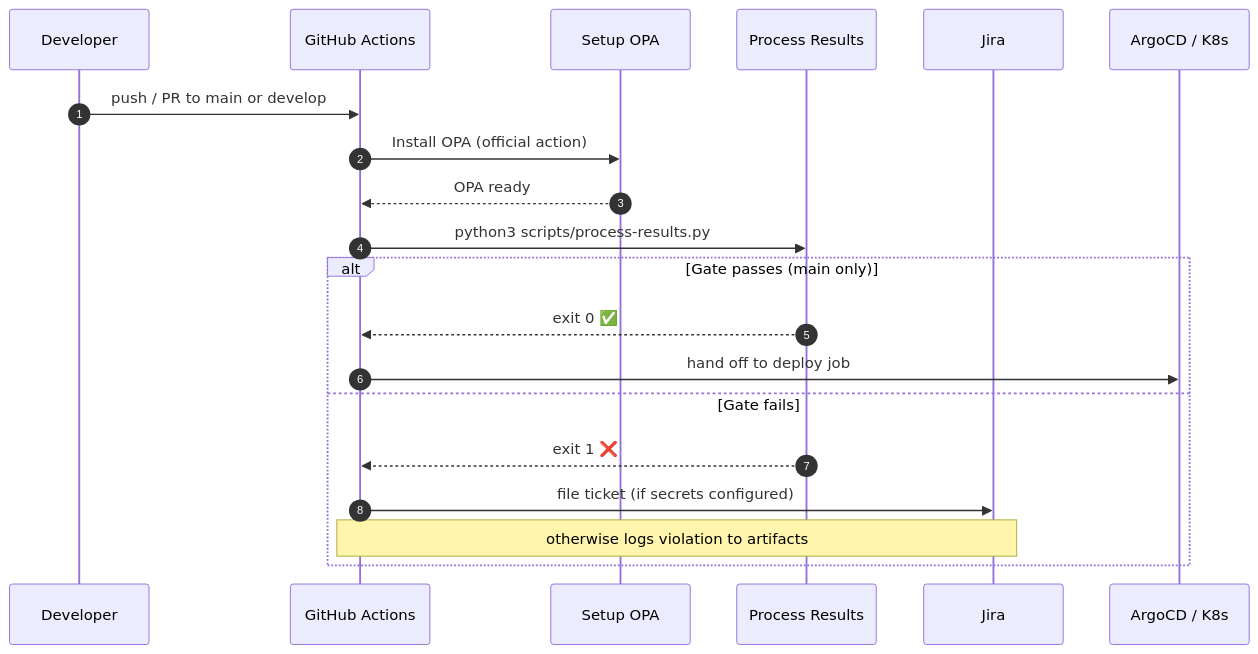
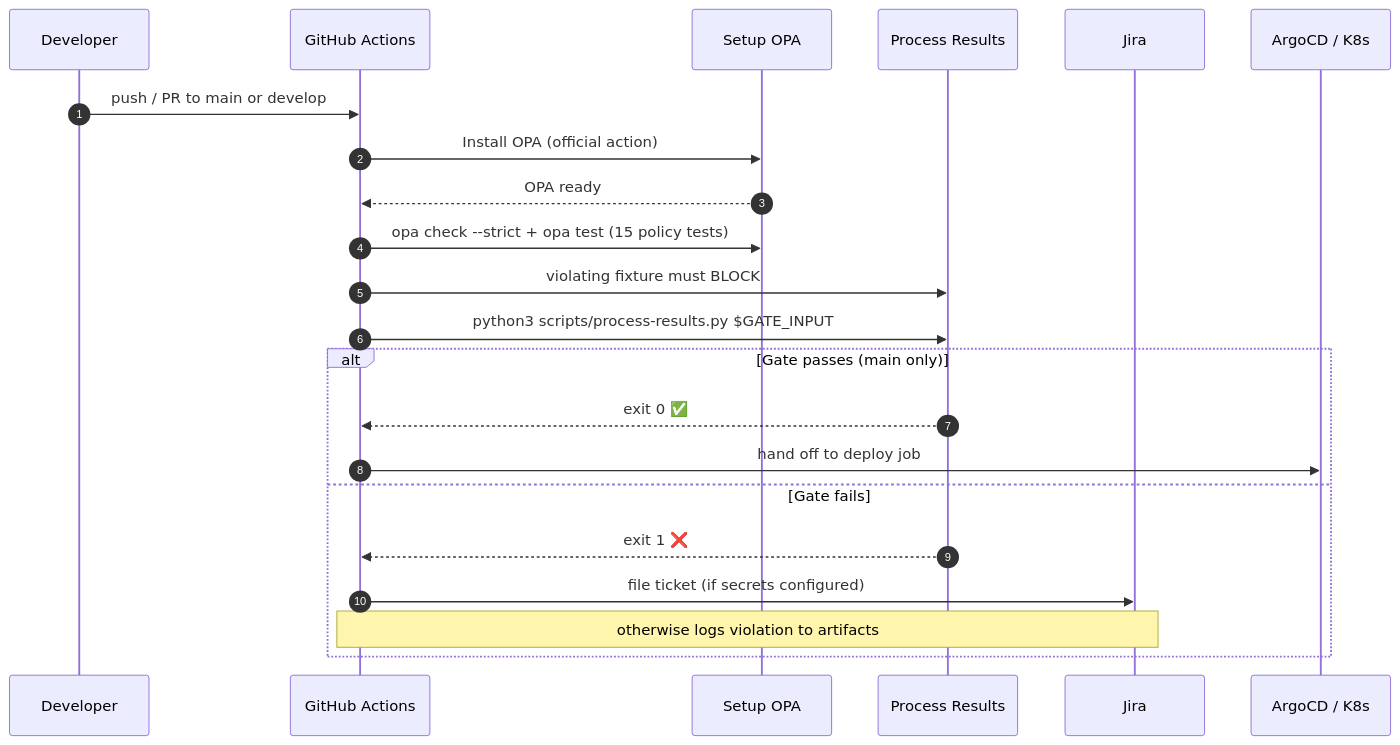
One commit to JoshuaOmosa/Devsecops-gate changed the fifth of 5 diagrams in README.md. Above: the diagram before and after it, drawn with Mermaid. The commit also changed other lines of this file and 7 other files, not shown here.

First line of the commit message:
ci: make the security gate actually block builds

````diff
--- a/README.md
+++ b/README.md
@@ -187,23 +189,25 @@
 ```mermaid
 sequenceDiagram
     autonumber
     participant Dev as Developer
     participant CI as GitHub Actions
     participant OPA as Setup OPA
     participant Gate as Process Results
     participant Jira as Jira
     participant Deploy as ArgoCD / K8s
 
     Dev->>CI: push / PR to main or develop
     CI->>OPA: Install OPA (official action)
     OPA-->>CI: OPA ready
-    CI->>Gate: python3 scripts/process-results.py
+    CI->>OPA: opa check --strict + opa test (15 policy tests)
+    CI->>Gate: violating fixture must BLOCK
+    CI->>Gate: python3 scripts/process-results.py $GATE_INPUT
     alt Gate passes (main only)
         Gate-->>CI: exit 0 ✅
         CI->>Deploy: hand off to deploy job
     else Gate fails
         Gate-->>CI: exit 1 ❌
         CI->>Jira: file ticket (if secrets configured)
         Note over CI,Jira: otherwise logs violation to artifacts
     end
 ```
````
